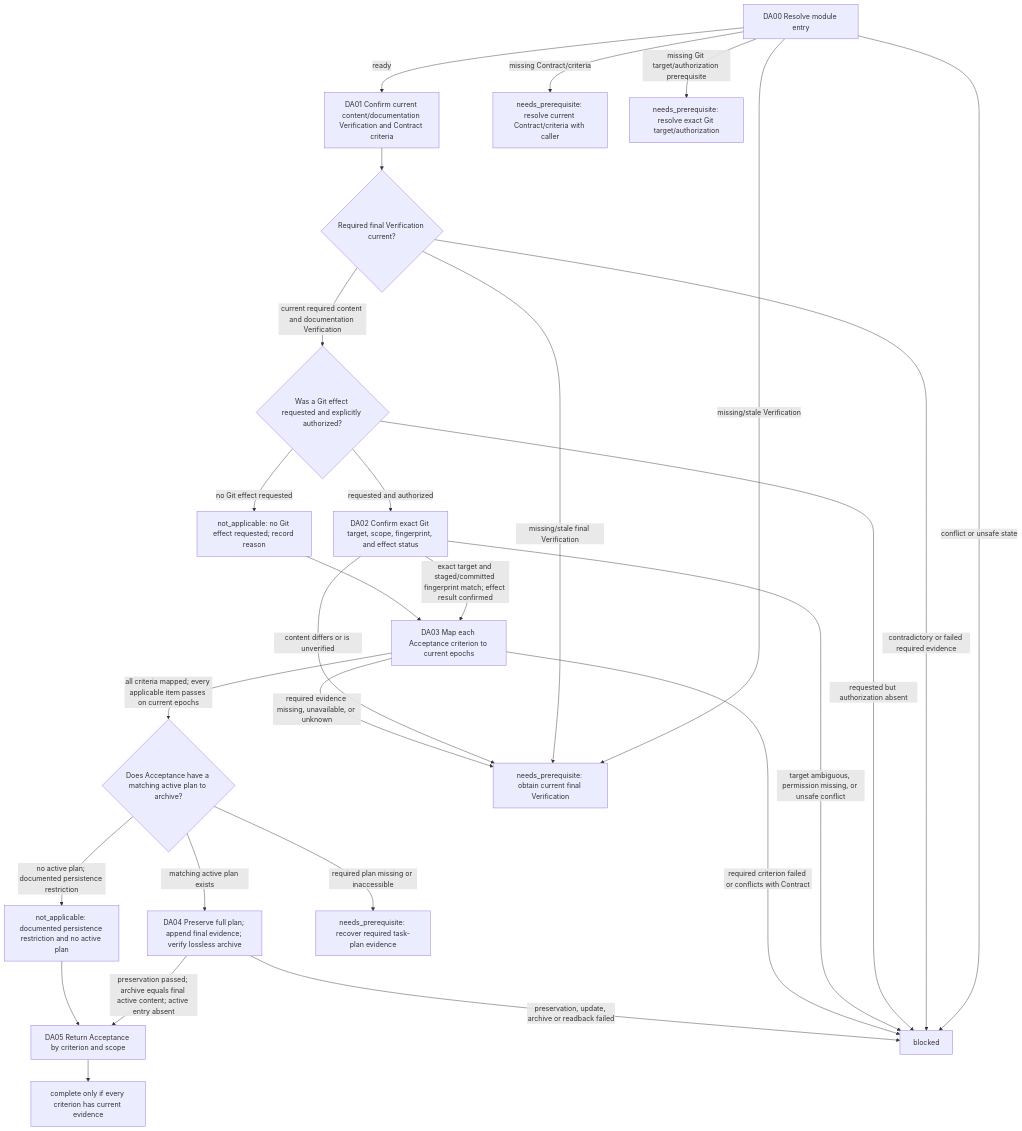
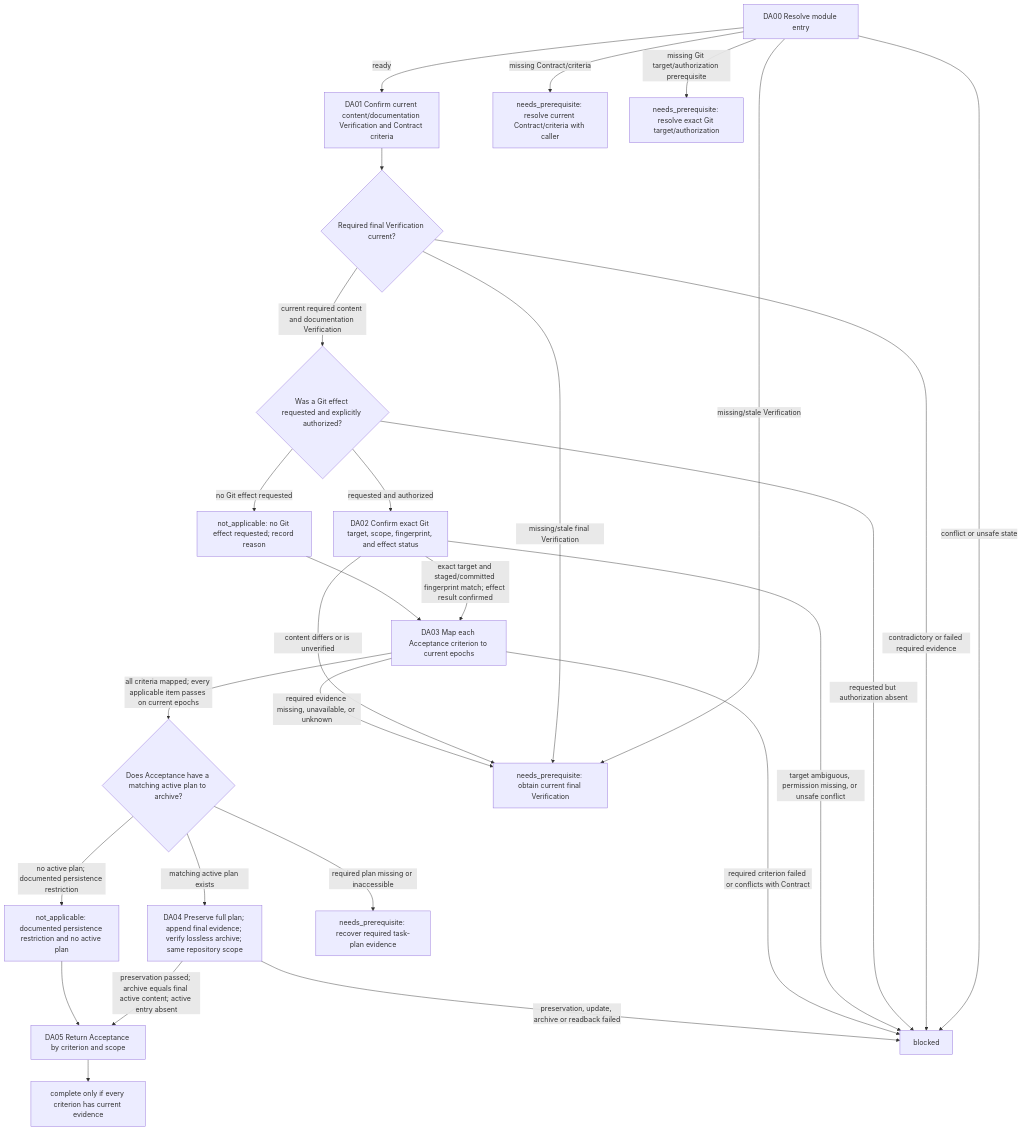
One commit to john-z-huang/token-io-decoupling changed the diagram in references/coding/layer-04-workflows/modules/delivery-acceptance.md. Above: the diagram before and after it, drawn with Mermaid. The commit also changed other lines of this file and 29 other files, not shown here.

````diff
--- a/references/coding/layer-04-workflows/modules/delivery-acceptance.md
+++ b/references/coding/layer-04-workflows/modules/delivery-acceptance.md
@@ -19,46 +19,46 @@
 ```mermaid
 flowchart TD
     DA00["DA00 Resolve module entry"]
     DA01["DA01 Confirm current content/documentation Verification and Contract criteria"]
     D_VERIFIED{"Required final Verification current?"}
     D_GIT{"Was a Git effect requested and explicitly authorized?"}
     DA02["DA02 Confirm exact Git target, scope, fingerprint, and effect status"]
     DA03["DA03 Map each Acceptance criterion to current epochs"]
     D_PLAN{"Does Acceptance have a matching active plan to archive?"}
-    DA04["DA04 Preserve full plan; append final evidence; verify lossless archive"]
+    DA04["DA04 Preserve full plan; append final evidence; verify lossless archive; same repository scope"]
     DA05["DA05 Return Acceptance by criterion and scope"]
     DA_DONE["complete only if every criterion has current evidence"]
     DA_GIT_NA["not_applicable: no Git effect requested; record reason"]
     DA_PLAN_NA["not_applicable: documented persistence restriction and no active plan"]
     DA_NEEDS_PLAN["needs_prerequisite: recover required task-plan evidence"]
     DA_NEEDS_VERIFICATION["needs_prerequisite: obtain current final Verification"]
     DA_NEEDS_CONTRACT["needs_prerequisite: resolve current Contract/criteria with caller"]
     DA_NEEDS_GIT["needs_prerequisite: resolve exact Git target/authorization"]
     DA_BLOCK["blocked"]
     DA00 -- ready --> DA01
     DA00 -- missing Contract/criteria --> DA_NEEDS_CONTRACT
     DA00 -- missing/stale Verification --> DA_NEEDS_VERIFICATION
     DA00 -- missing Git target/authorization prerequisite --> DA_NEEDS_GIT
     DA00 -- conflict or unsafe state --> DA_BLOCK
     DA01 --> D_VERIFIED
     D_VERIFIED -- current required content and documentation Verification --> D_GIT
     D_VERIFIED -- missing/stale final Verification --> DA_NEEDS_VERIFICATION
     D_VERIFIED -- contradictory or failed required evidence --> DA_BLOCK
     D_GIT -- requested and authorized --> DA02
     D_GIT -- no Git effect requested --> DA_GIT_NA
     D_GIT -- requested but authorization absent --> DA_BLOCK
     DA02 -- exact target and staged/committed fingerprint match; effect result confirmed --> DA03
     DA02 -- content differs or is unverified --> DA_NEEDS_VERIFICATION
     DA02 -- target ambiguous, permission missing, or unsafe conflict --> DA_BLOCK
     DA_GIT_NA --> DA03
     DA03 -- all criteria mapped; every applicable item passes on current epochs --> D_PLAN
     DA03 -- required evidence missing, unavailable, or unknown --> DA_NEEDS_VERIFICATION
     DA03 -- required criterion failed or conflicts with Contract --> DA_BLOCK
     D_PLAN -- matching active plan exists --> DA04
     D_PLAN -- no active plan; documented persistence restriction --> DA_PLAN_NA
     D_PLAN -- required plan missing or inaccessible --> DA_NEEDS_PLAN
     DA04 -- preservation passed; archive equals final active content; active entry absent --> DA05
     DA04 -- preservation, update, archive or readback failed --> DA_BLOCK
     DA_PLAN_NA --> DA05
     DA05 --> DA_DONE
 ```
````
